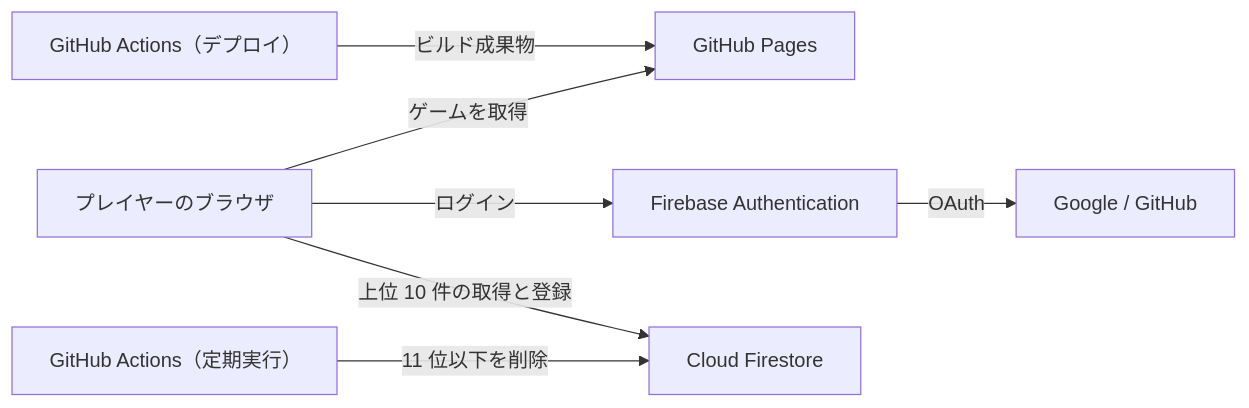
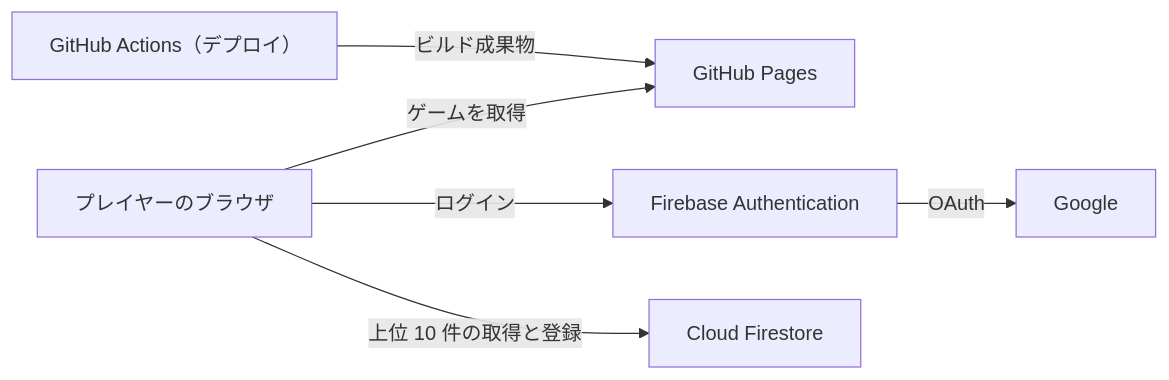
The second of 2 diagrams in docs/requirements.md (tomio2480/furano-wine-toast-ordinance-compliance-game), drawn with Mermaid before and after one commit. The commit also changed other lines of this file and 2 other files, not shown here.

````diff
--- a/docs/requirements.md
+++ b/docs/requirements.md
@@ -541,11 +543,10 @@
 ```mermaid
 flowchart LR
     accTitle: システム構成図
-    accDescr: プレイヤーのブラウザは GitHub Pages からゲームを取得する．ランキング利用時は Firebase Authentication で Google または GitHub にログインし，Cloud Firestore に得点を読み書きする．GitHub Actions はゲームを Pages にデプロイし，別の定期実行で Firestore の 11 位以下を削除する．
+    accDescr: プレイヤーのブラウザは GitHub Pages からゲームを取得する．ランキング利用時は Firebase Authentication で Google にログインし，Cloud Firestore に得点を読み書きする．11 位以下は登録の処理の中で削除する．GitHub Actions はゲームを Pages にデプロイするだけで，Firestore には触れない．
     Browser["プレイヤーのブラウザ"] -->|ゲームを取得| Pages["GitHub Pages"]
     Browser -->|ログイン| Auth["Firebase Authentication"]
-    Auth -->|OAuth| IdP["Google / GitHub"]
+    Auth -->|OAuth| IdP["Google"]
     Browser -->|上位 10 件の取得と登録| Store["Cloud Firestore"]
     Deploy["GitHub Actions（デプロイ）"] -->|ビルド成果物| Pages
-    Prune["GitHub Actions（定期実行）"] -->|11 位以下を削除| Store
 ```
````
